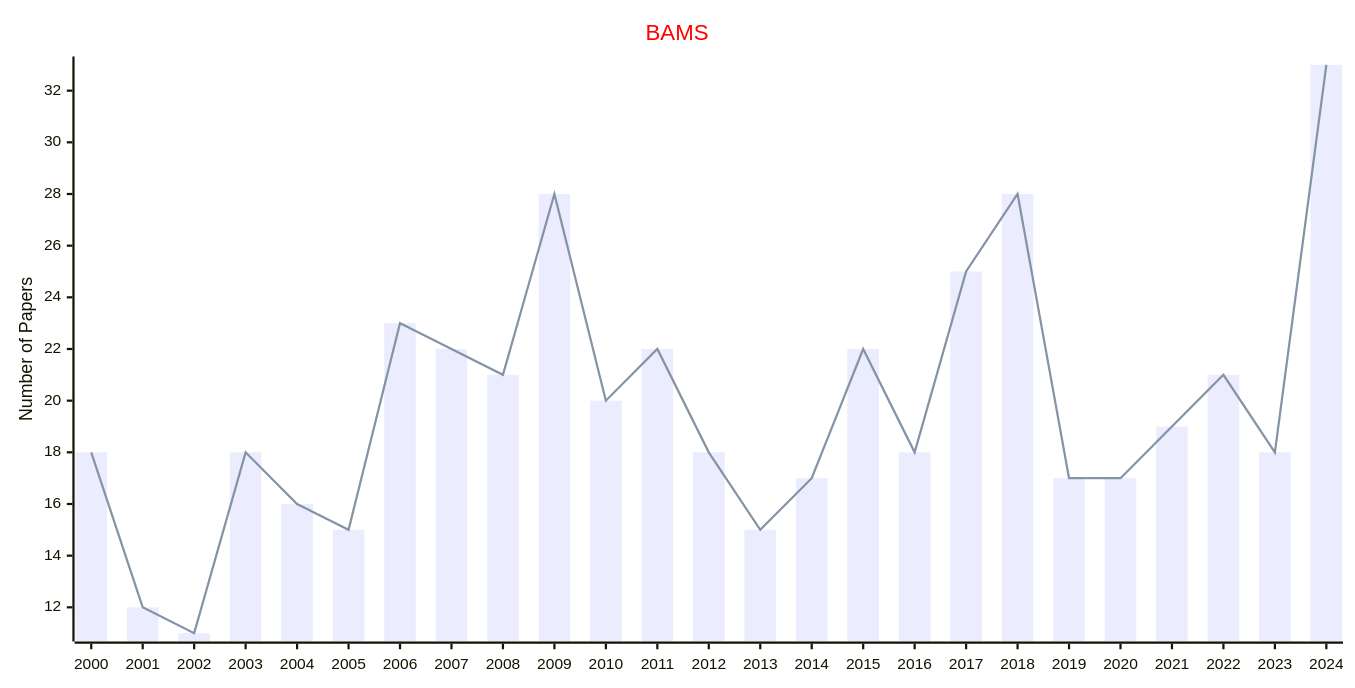
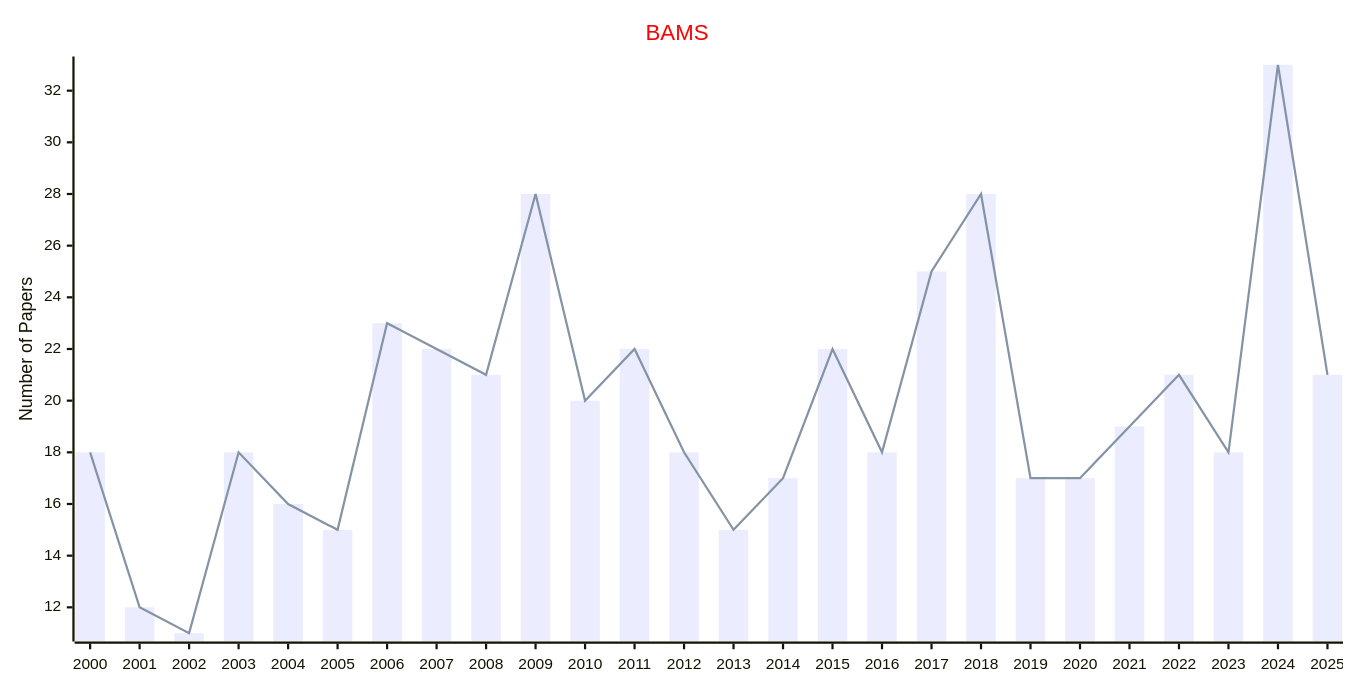
One commit to Easy-PhD/AILinks changed the first of 3 diagrams in docs/data/Journals/Publishers_Journals/AMS.md. Above: the diagram before and after it, drawn with Mermaid. The commit also changed other lines of this file and 107 other files, not shown here.

````diff
--- a/docs/data/Journals/Publishers_Journals/AMS.md
+++ b/docs/data/Journals/Publishers_Journals/AMS.md
@@ -11,17 +11,17 @@
 ```mermaid
 ---
 config:
     xyChart:
         width: 1200
         height: 600
     themeVariables:
         xyChart:
             titleColor: "#ff0000"
 ---
 xychart-beta
     title "BAMS"
-    x-axis [2000, 2001, 2002, 2003, 2004, 2005, 2006, 2007, 2008, 2009, 2010, 2011, 2012, 2013, 2014, 2015, 2016, 2017, 2018, 2019, 2020, 2021, 2022, 2023, 2024]
+    x-axis [2000, 2001, 2002, 2003, 2004, 2005, 2006, 2007, 2008, 2009, 2010, 2011, 2012, 2013, 2014, 2015, 2016, 2017, 2018, 2019, 2020, 2021, 2022, 2023, 2024, 2025]
     y-axis "Number of Papers"
-    bar [18, 12, 11, 18, 16, 15, 23, 22, 21, 28, 20, 22, 18, 15, 17, 22, 18, 25, 28, 17, 17, 19, 21, 18, 33]
-    line [18, 12, 11, 18, 16, 15, 23, 22, 21, 28, 20, 22, 18, 15, 17, 22, 18, 25, 28, 17, 17, 19, 21, 18, 33]
+    bar [18, 12, 11, 18, 16, 15, 23, 22, 21, 28, 20, 22, 18, 15, 17, 22, 18, 25, 28, 17, 17, 19, 21, 18, 33, 21]
+    line [18, 12, 11, 18, 16, 15, 23, 22, 21, 28, 20, 22, 18, 15, 17, 22, 18, 25, 28, 17, 17, 19, 21, 18, 33, 21]
 ```
````
